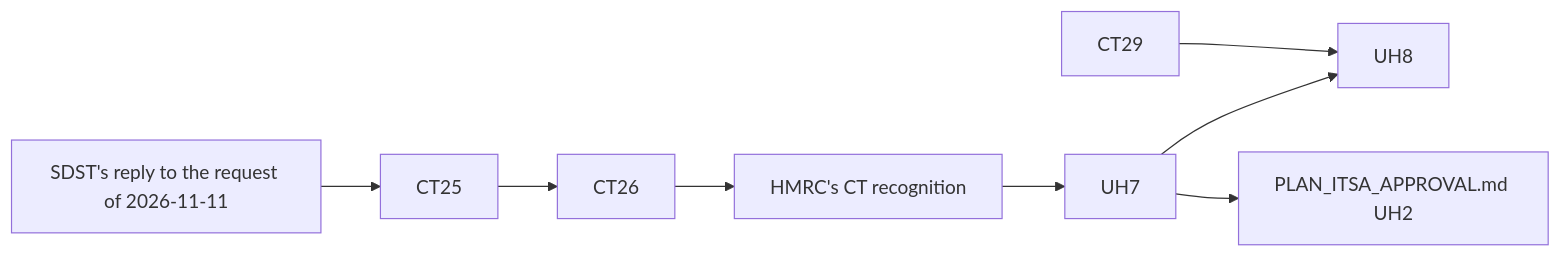
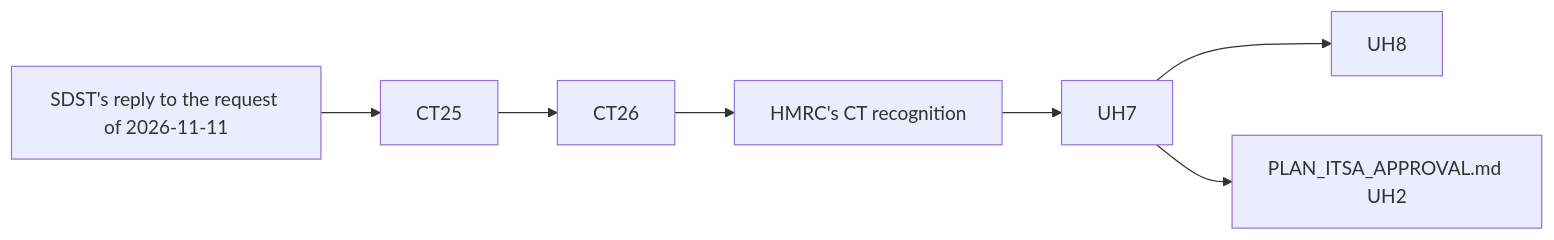
One commit to diy-accounting-uk/submit.diyaccounting.co.uk changed the diagram in PLAN_HMRC_CT_APPROVAL.md. Above: the diagram before and after it, drawn with Mermaid. The commit also changed other lines of this file and 1 other file, not shown here.

````diff
--- a/PLAN_HMRC_CT_APPROVAL.md
+++ b/PLAN_HMRC_CT_APPROVAL.md
@@ -63,10 +58,9 @@
 ```mermaid
 flowchart LR
     SDST["SDST's reply to the request of 2026-11-11"] --> CT25
     CT25 --> CT26
     CT26 --> REC["HMRC's CT recognition"]
     REC --> UH7
     UH7 --> UH8
-    CT29 --> UH8
     UH7 --> UH2["PLAN_ITSA_APPROVAL.md UH2"]
 ```
````
